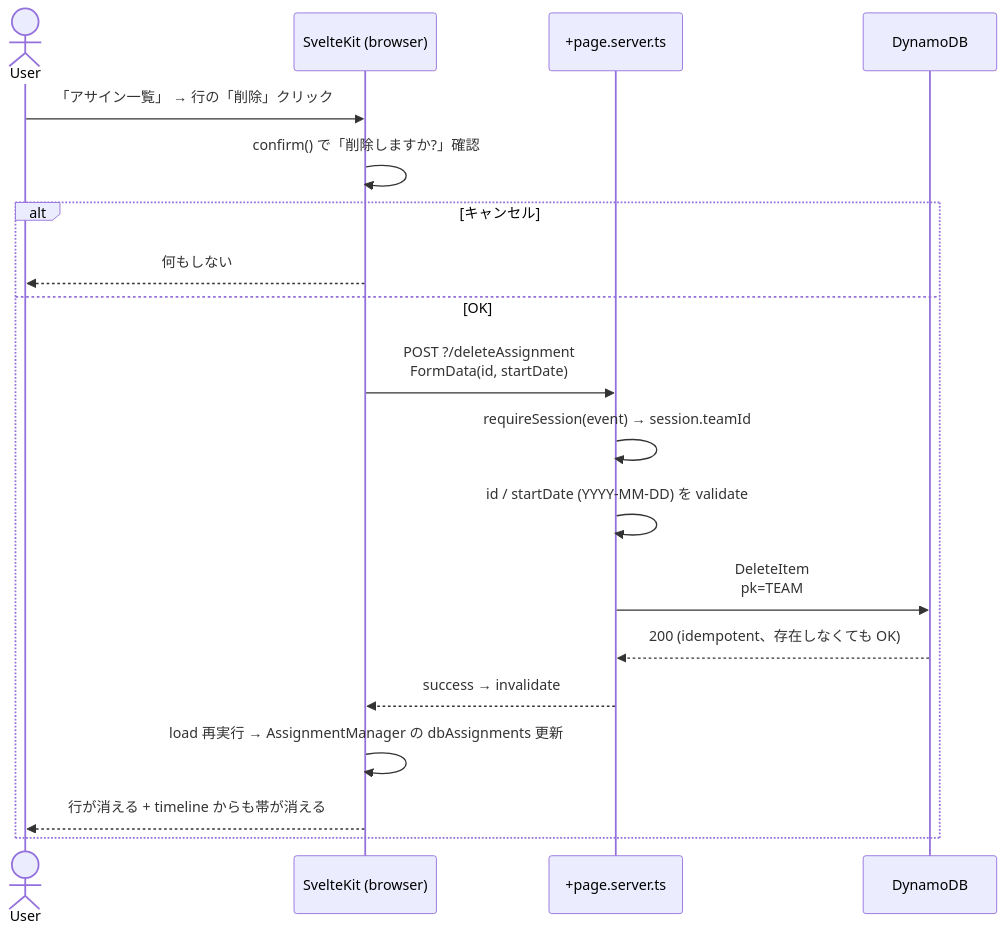
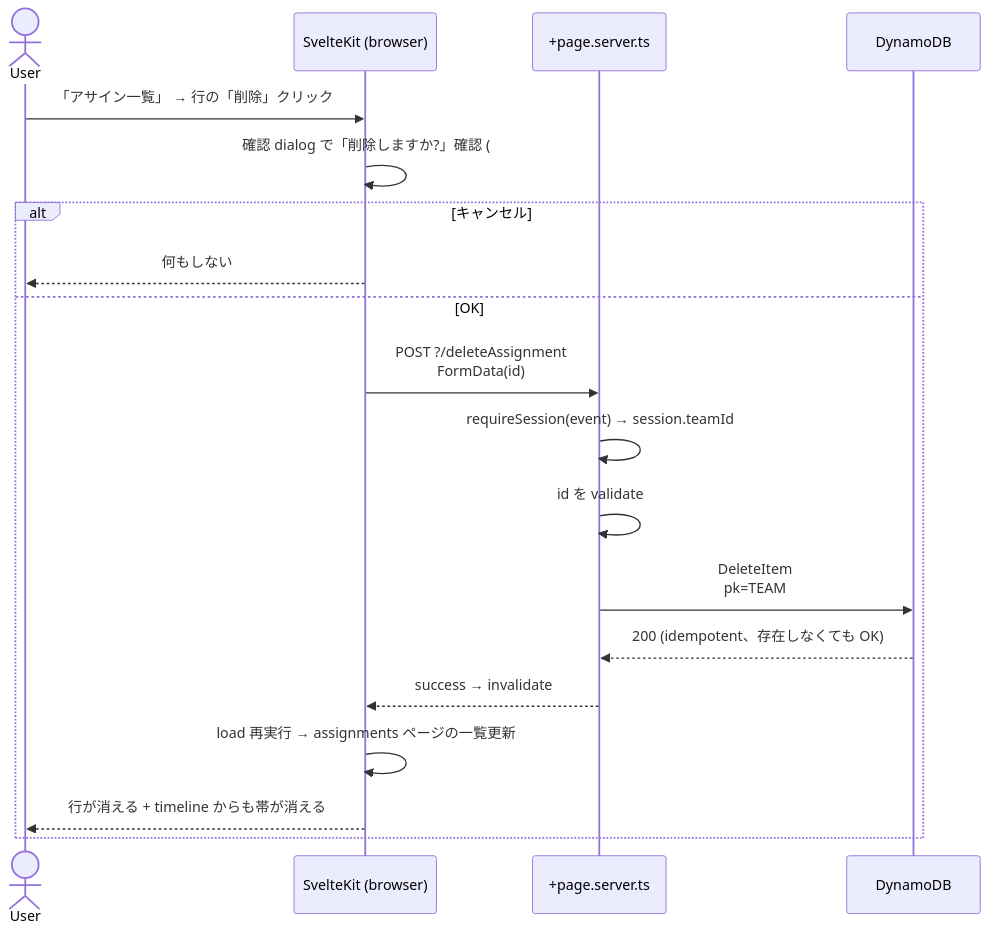
The seventh of 9 diagrams in docs/use-cases.md (tommykey-apps/resource-planner), drawn with Mermaid before and after one commit. The commit also changed other lines of this file and 9 other files, not shown here.

First line of the commit message:
docs: ステール記述の修正 + assign 中心のドメイン地図 + Department UC 追加 (#249)

````diff
--- a/docs/use-cases.md
+++ b/docs/use-cases.md
@@ -392,22 +391,22 @@
 ```mermaid
 sequenceDiagram
     actor User
     participant SK as SvelteKit (browser)
     participant Server as +page.server.ts
     participant DDB as DynamoDB
 
     User->>SK: 「アサイン一覧」 → 行の「削除」クリック
-    SK->>SK: confirm() で「削除しますか?」確認
+    SK->>SK: 確認 dialog で「削除しますか?」確認 (#132)
     alt キャンセル
         SK-->>User: 何もしない
     else OK
-        SK->>Server: POST ?/deleteAssignment<br/>FormData(id, startDate)
+        SK->>Server: POST ?/deleteAssignment<br/>FormData(id)
         Server->>Server: requireSession(event) → session.teamId
-        Server->>Server: id / startDate (YYYY-MM-DD) を validate
-        Server->>DDB: DeleteItem<br/>pk=TEAM#{teamId}, sk=ASN#{startDate}#{id}
+        Server->>Server: id を validate
+        Server->>DDB: DeleteItem<br/>pk=TEAM#{teamId}, sk=ASN#{id}
         DDB-->>Server: 200 (idempotent、存在しなくても OK)
         Server-->>SK: success → invalidate
-        SK->>SK: load 再実行 → AssignmentManager の dbAssignments 更新
+        SK->>SK: load 再実行 → assignments ページの一覧更新
         SK-->>User: 行が消える + timeline からも帯が消える
     end
 ```
````
